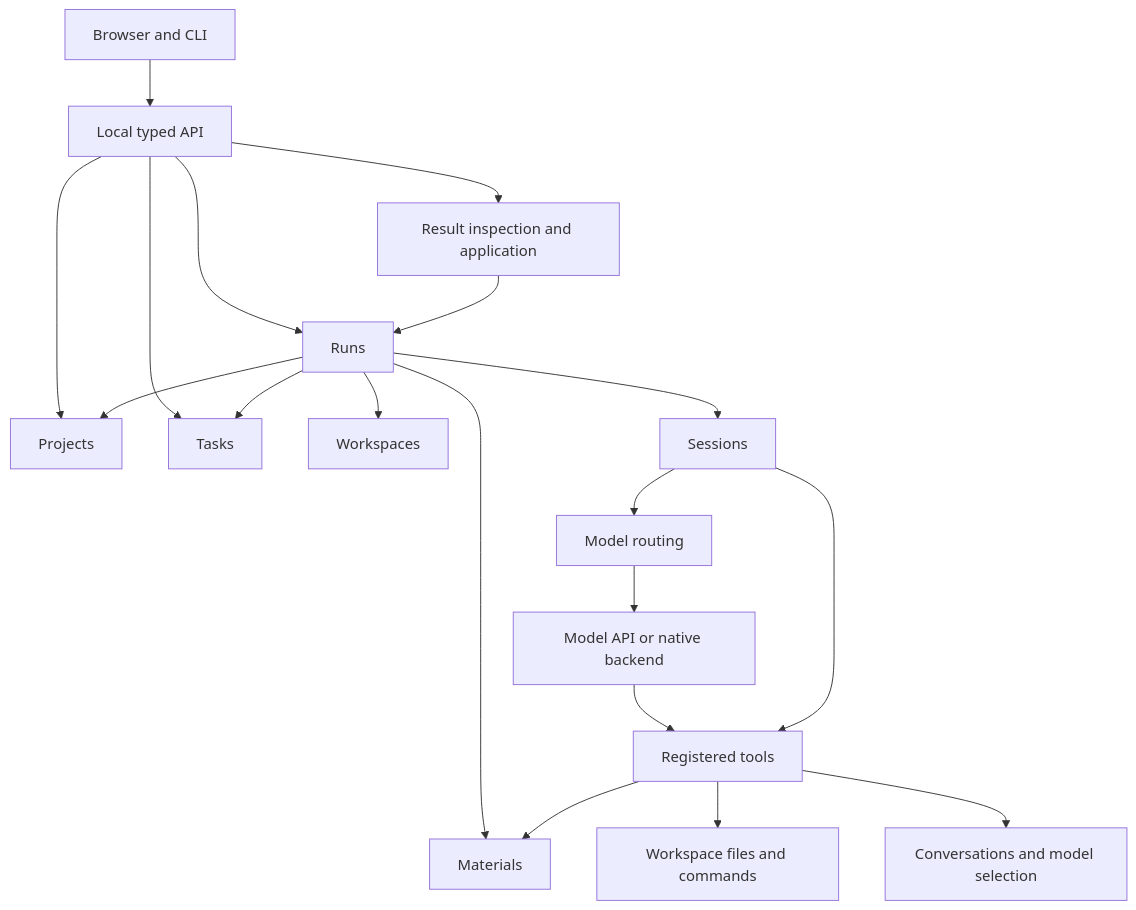
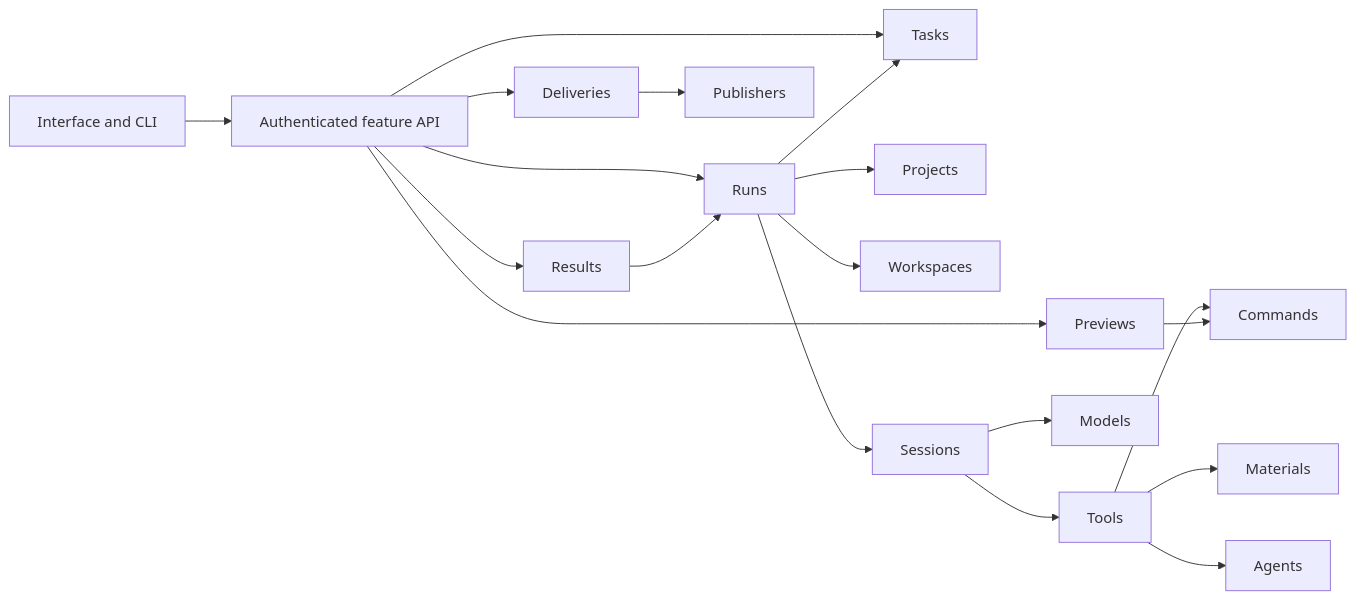
Before and after one commit to buro-hq/buro: the diagram in ARCHITECTURE.md, drawn with Mermaid. The commit also changed other lines of this file and 773 other files, not shown here.

````diff
--- a/ARCHITECTURE.md
+++ b/ARCHITECTURE.md
@@ -23,21 +5,21 @@
 ```mermaid
-flowchart TD
-  Browser[Browser and CLI] --> API[Local typed API]
-  API --> Projects[Projects]
-  API --> Tasks[Tasks]
-  API --> Runs[Runs]
+flowchart LR
+  UI[Interface and CLI] --> API[Authenticated feature API]
+  API --> Tasks
+  API --> Runs
+  API --> Results
+  API --> Previews
+  API --> Deliveries
+  Runs --> Tasks
   Runs --> Projects
-  Runs --> Tasks
-  Runs --> Materials[Materials]
-  Runs --> Workspaces[Workspaces]
-  Runs --> Sessions[Sessions]
-  Sessions --> Models[Model routing]
-  Models --> Backends[Model API or native backend]
-  Backends --> Broker[Registered tools]
-  Sessions --> Broker
-  Broker --> Files[Workspace files and commands]
-  Broker --> Collaboration[Conversations and model selection]
-  Broker --> Materials
-  API --> Results[Result inspection and application]
+  Runs --> Workspaces
+  Runs --> Sessions
+  Sessions --> Models
+  Sessions --> Tools
+  Tools --> Commands
+  Tools --> Materials
+  Tools --> Agents
   Results --> Runs
+  Previews --> Commands
+  Deliveries --> Publishers
 ```
````
